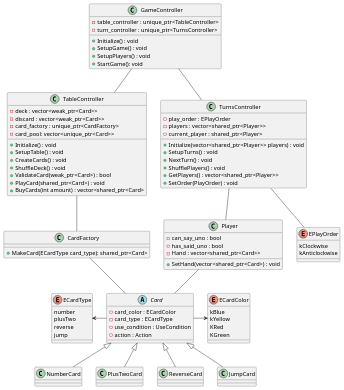
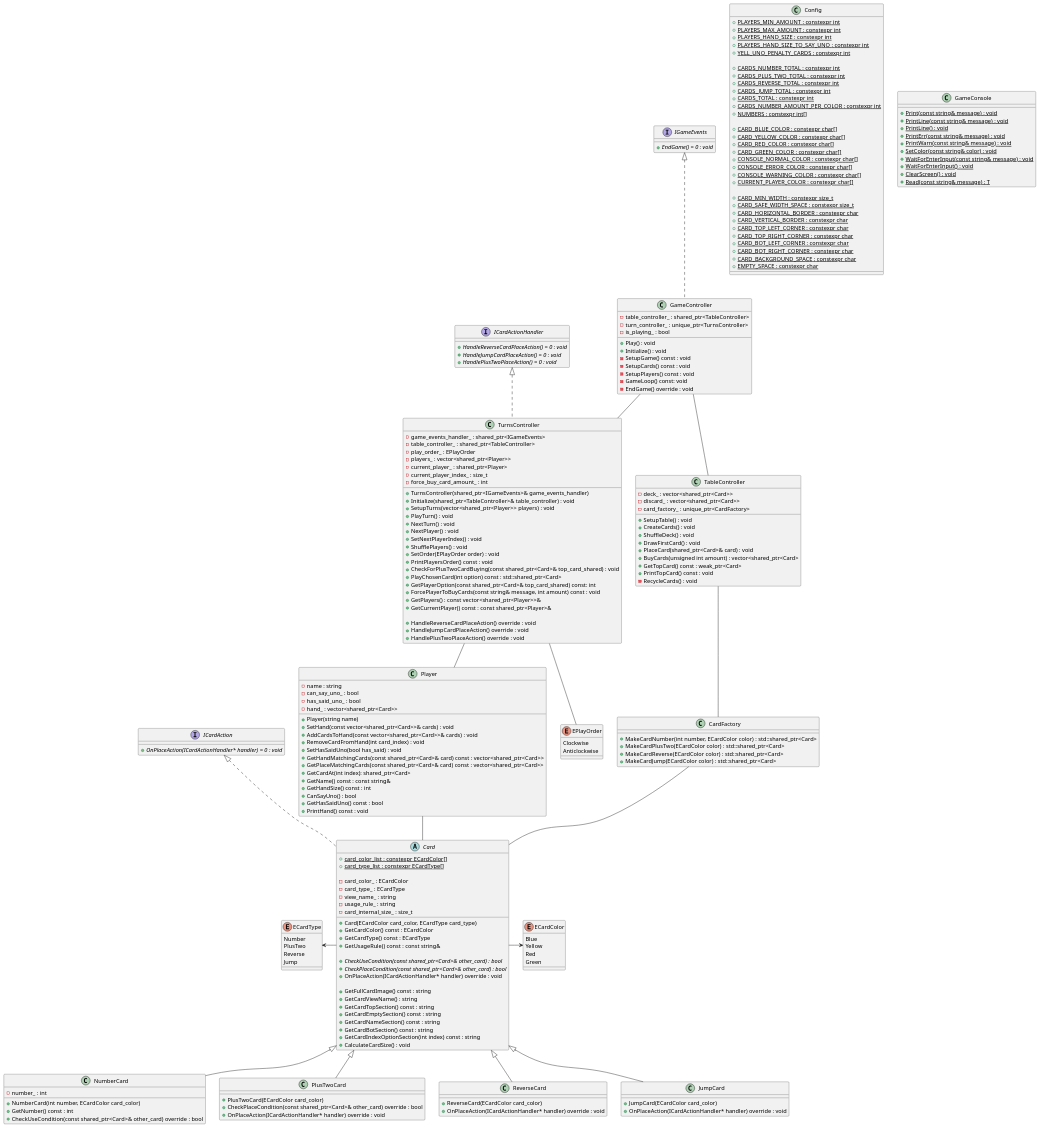
Before and after one commit to duducorvao/UnoLikeCPP: the diagram in Documentation/Architecture.puml, drawn with PlantUML. The commit also changed 2 other files, not shown here.

Commit message:
[TNS - 807 808 809] - Added final architecture UML diagram
Changed a TurnsController::CheckForPlusTwoCardBuying arguments to receive a const ref;

```diff
--- a/Documentation/Architecture.puml
+++ b/Documentation/Architecture.puml
@@ -1,92 +1,229 @@
 @startuml
 'https://plantuml.com/class-diagram
 
-class GameController {
-- table_controller : unique_ptr<TableController>
-- turn_controller : unique_ptr<TurnsController>
+class GameController implements IGameEvents {
++ Play() : void
++ Initialize() : void
 
-+ Initialize() : void
-+ SetupGame() : void
-+ SetupPlayers() : void
-+ StartGame(): void
+- table_controller_ : shared_ptr<TableController>
+- turn_controller_ : unique_ptr<TurnsController>
+- is_playing_ : bool
+
+- SetupGame() const : void
+- SetupCards() const : void
+- SetupPlayers() const : void
+- GameLoop() const: void
+- EndGame() override : void
 }
 
-class TableController{
-- deck : vector<weak_ptr<Card>>
-- discard : vector<weak_ptr<Card>>
-- card_factory : unique_ptr<CardFactory>
-- card_pool: vector<unique_ptr<Card>>
-
-+ Initialize() : void
+class TableController {
 + SetupTable() : void
 + CreateCards() : void
 + ShuffleDeck() : void
-+ ValidateCard(weak_ptr<Card>) : bool
-+ PlayCard(shared_ptr<Card>) : void
-+ BuyCards(int amount) : vector<shared_ptr<Card>
++ DrawFirstCard() : void
++ PlaceCard(shared_ptr<Card>& card) : void
++ BuyCards(unsigned int amount) : vector<shared_ptr<Card>
++ GetTopCard() const : weak_ptr<Card>
++ PrintTopCard() const : void
+- RecycleCards() : void
+
+- deck_ : vector<shared_ptr<Card>>
+- discard_ : vector<shared_ptr<Card>>
+- card_factory_ : unique_ptr<CardFactory>
 }
 
-class TurnsController{
-- play_order : EPlayOrder
-- players : vector<shared_ptr<Player>>
-- current_player : shared_ptr<Player>
+class TurnsController implements ICardActionHandler {
++ TurnsController(shared_ptr<IGameEvents>& game_events_handler)
++ Initialize(shared_ptr<TableController>& table_controller) : void
++ SetupTurns(vector<shared_ptr<Player>> players) : void
++ PlayTurn() : void
++ NextTurn() : void
++ NextPlayer() : void
++ SetNextPlayerIndex() : void
++ ShufflePlayers() : void
++ SetOrder(EPlayOrder order) : void
++ PrintPlayersOrder() const : void
++ CheckForPlusTwoCardBuying(const shared_ptr<Card>& top_card_shared) : void
++ PlayChosenCard(int option) const : std::shared_ptr<Card>
++ GetPlayerOption(const shared_ptr<Card>& top_card_shared) const: int
++ ForcePlayerToBuyCards(const string& message, int amount) const : void
++ GetPlayers() : const vector<shared_ptr<Player>>&
++ GetCurrentPlayer() const : const shared_ptr<Player>&
 
-+ Initialize(vector<shared_ptr<Player>> players) : void
-+ SetupTurns() : void
-+ NextTurn() : void
-+ ShufflePlayers() : void
-+ GetPlayers() : vector<shared_ptr<Player>>
-+ SetOrder(PlayOrder) : void
++ HandleReverseCardPlaceAction() override : void
++ HandleJumpCardPlaceAction() override : void
++ HandlePlusTwoPlaceAction() override : void
+
+- game_events_handler_ : shared_ptr<IGameEvents>
+- table_controller_ : shared_ptr<TableController>
+- play_order_ : EPlayOrder
+- players_ : vector<shared_ptr<Player>>
+- current_player_ : shared_ptr<Player>
+- current_player_index_ : size_t
+- force_buy_card_amount_ : int
+}
+
+abstract Card implements ICardAction {
++ Card(ECardColor card_color, ECardType card_type)
++ GetCardColor() const : ECardColor
++ GetCardType() const : ECardType
++ GetUsageRule() const : const string&
+
++ {abstract} CheckUseCondition(const shared_ptr<Card>& other_card) : bool
++ {abstract} CheckPlaceCondition(const shared_ptr<Card>& other_card) : bool
++ OnPlaceAction(ICardActionHandler* handler) override : void
+
++ GetFullCardImage() const : string
++ GetCardViewName() : string
++ GetCardTopSection() const : string
++ GetCardEmptySection() const : string
++ GetCardNameSection() const : string
++ GetCardBotSection() const : string
++ GetCardIndexOptionSection(int index) const : string
++ CalculateCardSize() : void
+
++ {static} card_color_list : constexpr ECardColor[]
++ {static} card_type_list : constexpr ECardType[]
+
+- card_color_ : ECardColor
+- card_type_ : ECardType
+- view_name_ : string
+- usage_rule_ : string
+- card_internal_size_ : size_t
+}
+
+class NumberCard extends Card {
++ NumberCard(int number, ECardColor card_color)
++ GetNumber() const : int
++ CheckUseCondition(const shared_ptr<Card>& other_card) override : bool
+
+- number_ : int
+}
+
+class PlusTwoCard extends Card {
++ PlusTwoCard(ECardColor card_color)
++ CheckPlaceCondition(const shared_ptr<Card>& other_card) override : bool
++ OnPlaceAction(ICardActionHandler* handler) override : void
+}
+
+class ReverseCard extends Card {
++ ReverseCard(ECardColor card_color)
++ OnPlaceAction(ICardActionHandler* handler) override : void
+}
+
+class JumpCard extends Card {
++ JumpCard(ECardColor card_color)
++ OnPlaceAction(ICardActionHandler* handler) override : void
+}
+
+class CardFactory{
++ MakeCardNumber(int number, ECardColor color) : std::shared_ptr<Card>
++ MakeCardPlusTwo(ECardColor color) : std::shared_ptr<Card>
++ MakeCardReverse(ECardColor color) : std::shared_ptr<Card>
++ MakeCardJump(ECardColor color) : std::shared_ptr<Card>
 }
 
 class Player{
-- can_say_uno : bool
-- has_said_uno : bool
-- Hand : vector<shared_ptr<Card>>
++ Player(string name)
++ SetHand(const vector<shared_ptr<Card>>& cards) : void
++ AddCardsToHand(const vector<shared_ptr<Card>>& cards) : void
++ RemoveCardFromHand(int card_index) : void
++ SetHasSaidUno(bool has_said) : void
++ GetHandMatchingCards(const shared_ptr<Card>& card) const : vector<shared_ptr<Card>>
++ GetPlaceMatchingCards(const shared_ptr<Card>& card) const : vector<shared_ptr<Card>>
++ GetCardAt(int index): shared_ptr<Card>
++ GetName() const : const string&
++ GetHandSize() const : int
++ CanSayUno() : bool
++ GetHasSaidUno() const : bool
++ PrintHand() const : void
 
-+ SetHand(vector<shared_ptr<Card>) : void
+- name : string
+- can_say_uno_ : bool
+- has_said_uno_ : bool
+- hand_ : vector<shared_ptr<Card>>
 }
 
-class CardFactory{
-+ MakeCard(ECardType card_type): shared_ptr<Card>
+interface IGameEvents {
++ {abstract} EndGame() = 0 : void
 }
 
-abstract Card{
-- card_color : ECardColor
-- card_type : ECardType
-- use_condition : UseCondition
-- action : Action
+interface ICardAction {
++ {abstract} OnPlaceAction(ICardActionHandler* handler) = 0 : void
 }
 
-class NumberCard extends Card{
+interface ICardActionHandler {
++ {abstract} HandleReverseCardPlaceAction() = 0 : void
++ {abstract} HandleJumpCardPlaceAction() = 0 : void
++ {abstract} HandlePlusTwoPlaceAction() = 0 : void
 }
 
-class PlusTwoCard extends Card{
+class Config {
++ {static} PLAYERS_MIN_AMOUNT : constexpr int
++ {static} PLAYERS_MAX_AMOUNT : constexpr int
++ {static} PLAYERS_HAND_SIZE : constexpr int
++ {static} PLAYERS_HAND_SIZE_TO_SAY_UNO : constexpr int
++ {static} YELL_UNO_PENALTY_CARDS : constexpr int
+
++ {static} CARDS_NUMBER_TOTAL : constexpr int
++ {static} CARDS_PLUS_TWO_TOTAL : constexpr int
++ {static} CARDS_REVERSE_TOTAL : constexpr int
++ {static} CARDS_JUMP_TOTAL : constexpr int
++ {static} CARDS_TOTAL : constexpr int
++ {static} CARDS_NUMBER_AMOUNT_PER_COLOR : constexpr int
++ {static} NUMBERS : constexpr int[]
+
++ {static} CARD_BLUE_COLOR : constexpr char[]
++ {static} CARD_YELLOW_COLOR : constexpr char[]
++ {static} CARD_RED_COLOR : constexpr char[]
++ {static} CARD_GREEN_COLOR : constexpr char[]
++ {static} CONSOLE_NORMAL_COLOR : constexpr char[]
++ {static} CONSOLE_ERROR_COLOR : constexpr char[]
++ {static} CONSOLE_WARNING_COLOR : constexpr char[]
++ {static} CURRENT_PLAYER_COLOR : constexpr char[]
+
++ {static} CARD_MIN_WIDTH : constexpr size_t
++ {static} CARD_SAFE_WIDTH_SPACE : constexpr size_t
++ {static} CARD_HORIZONTAL_BORDER : constexpr char
++ {static} CARD_VERTICAL_BORDER : constexpr char
++ {static} CARD_TOP_LEFT_CORNER : constexpr char
++ {static} CARD_TOP_RIGHT_CORNER : constexpr char
++ {static} CARD_BOT_LEFT_CORNER : constexpr char
++ {static} CARD_BOT_RIGHT_CORNER : constexpr char
++ {static} CARD_BACKGROUND_SPACE : constexpr char
++ {static} EMPTY_SPACE : constexpr char
 }
 
-class ReverseCard extends Card{
-}
-
-class JumpCard extends Card{
+class GameConsole {
++ {static} Print(const string& message) : void
++ {static} PrintLine(const string& message) : void
++ {static} PrintLine() : void
++ {static} PrintErr(const string& message) : void
++ {static} PrintWarn(const string& message) : void
++ {static} SetColor(const string& color) : void
++ {static} WaitForEnterInput(const string& message) : void
++ {static} WaitForEnterInput() : void
++ {static} ClearScreen() : void
++ {static} Read(const string& message) : T
 }
 
 enum ECardColor {
-kBlue
-kYellow
-KRed
-KGreen
+Blue
+Yellow
+Red
+Green
 }
 
 enum ECardType {
-number
-plusTwo
-reverse
-jump
+Number
+PlusTwo
+Reverse
+Jump
 }
 
 enum EPlayOrder{
-kClockwise
-kAnticlockwise
+Clockwise
+Anticlockwise
 }
 
 GameController -- TableController
```
